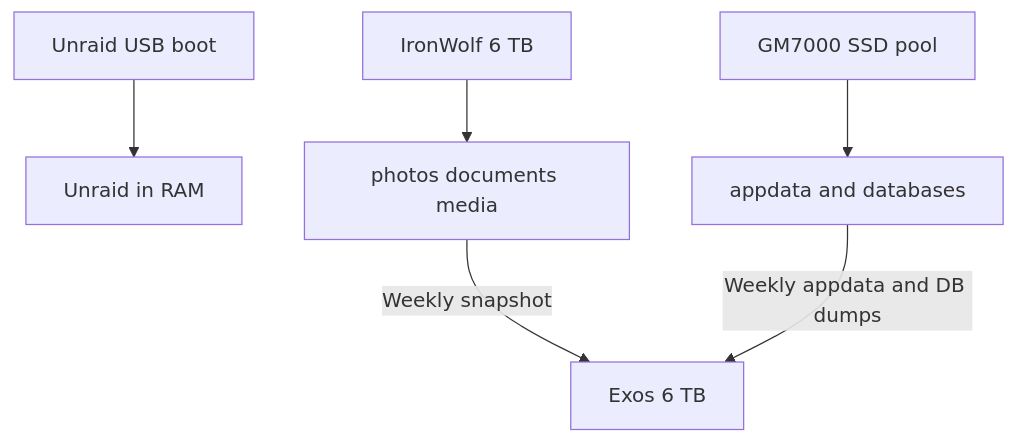
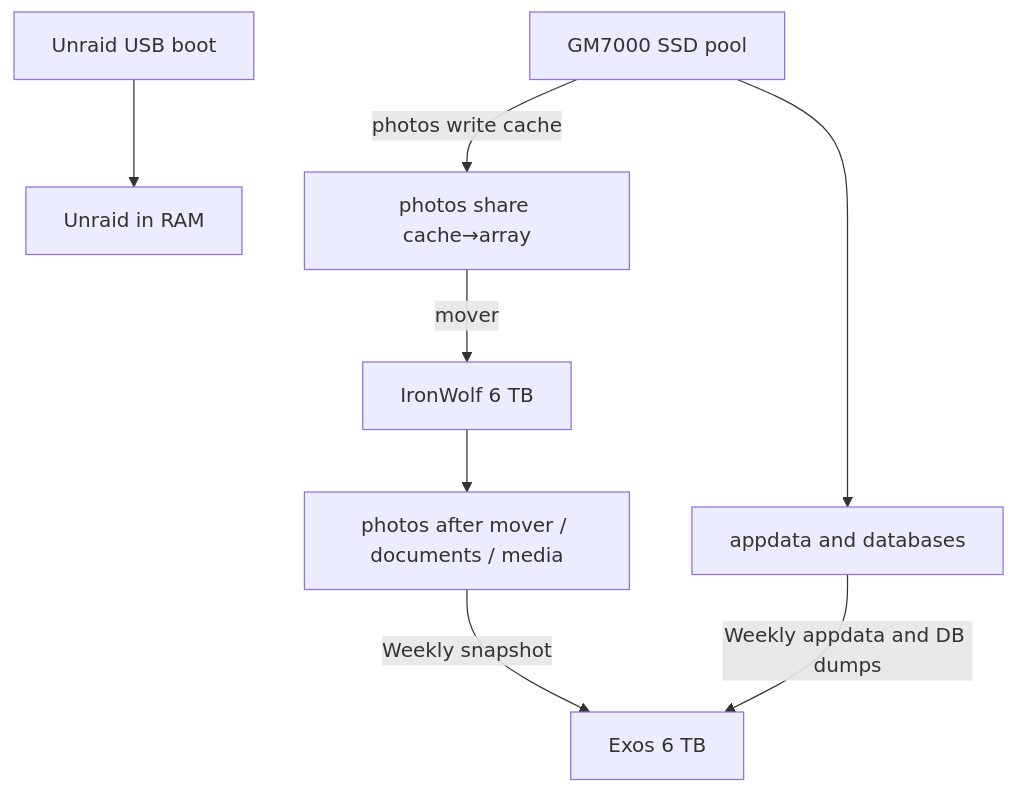
The second of 3 diagrams in diagrams/architecture.md (brianperreras/brian-home-server), drawn with Mermaid before and after one commit. The commit also changed other lines of this file and 8 other files, not shown here.

````diff
--- a/diagrams/architecture.md
+++ b/diagrams/architecture.md
@@ -20,8 +20,10 @@
 ```mermaid
 flowchart TD
     USB[Unraid USB boot] --> RAM[Unraid in RAM]
     NVME[GM7000 SSD pool] --> APP[appdata and databases]
-    HDD[IronWolf 6 TB] --> DATA[photos documents media]
+    HDD[IronWolf 6 TB] --> DATA[photos after mover / documents / media]
+    NVME -->|photos write cache| PHOTOS[photos share cache→array]
+    PHOTOS -->|mover| HDD
     DATA -->|Weekly snapshot| BK[Exos 6 TB]
     APP -->|Weekly appdata and DB dumps| BK
 ```
````
